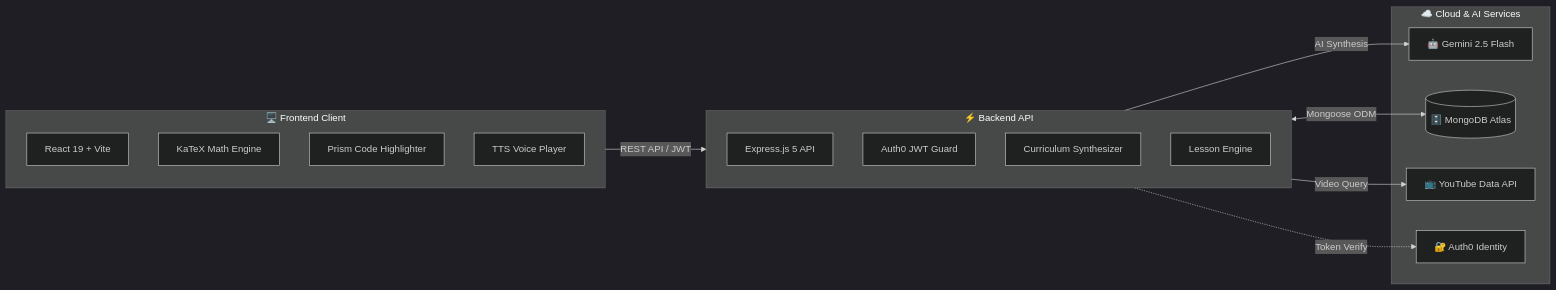
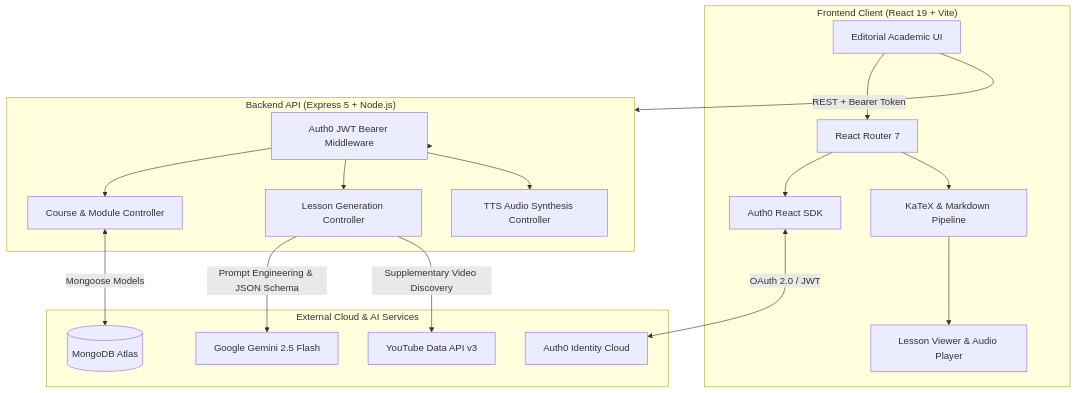
One commit to someshsinha/Socratic-AI changed the first of 2 diagrams in README.md. Above: the diagram before and after it, drawn with Mermaid. The commit also changed 1 other file, not shown here.

Commit message:
readme updates

````diff
--- a/README.md
+++ b/README.md
@@ -63,30 +63,37 @@
 ```mermaid
-%%{init: {'theme': 'dark'}}%%
-flowchart LR
-    subgraph Client ["🖥️ Frontend Client"]
-        A["React 19 + Vite"]
-        B["KaTeX Math Engine"]
-        C["Prism Code Highlighter"]
-        D["TTS Voice Player"]
+flowchart TD
+    subgraph Client["Frontend Client (React 19 + Vite)"]
+        UI[Editorial Academic UI]
+        Router[React Router 7]
+        AuthClient[Auth0 React SDK]
+        KatexEngine[KaTeX & Markdown Pipeline]
+        LessonViewer[Lesson Viewer & Audio Player]
     end
 
-    subgraph Backend ["⚡ Backend API"]
-        E["Express.js 5 API"]
-        F["Auth0 JWT Guard"]
-        G["Curriculum Synthesizer"]
-        H["Lesson Engine"]
+    subgraph Backend["Backend API (Express 5 + Node.js)"]
+        AuthMiddleware[Auth0 JWT Bearer Middleware]
+        CourseController[Course & Module Controller]
+        LessonController[Lesson Generation Controller]
+        TTSController[TTS Audio Synthesis Controller]
     end
 
-    subgraph Cloud ["☁️ Cloud & AI Services"]
-        I["🤖 Gemini 2.5 Flash"]
-        J[("🗄️ MongoDB Atlas")]
-        K["📺 YouTube Data API"]
-        L["🔐 Auth0 Identity"]
+    subgraph External["External Cloud & AI Services"]
+        Gemini[Google Gemini 2.5 Flash]
+        YouTube[YouTube Data API v3]
+        Auth0Cloud[Auth0 Identity Cloud]
+        MongoCloud[(MongoDB Atlas)]
     end
 
-    Client -->|REST API / JWT| Backend
-    Backend -->|AI Synthesis| I
-    Backend <-->|Mongoose ODM| J
-    Backend -->|Video Query| K
-    Backend -.->|Token Verify| L
+    UI --> Router
+    Router --> AuthClient
+    AuthClient <-->|OAuth 2.0 / JWT| Auth0Cloud
+    Router --> KatexEngine --> LessonViewer
+
+    UI -->|REST + Bearer Token| Backend
+    Backend --> AuthMiddleware
+    AuthMiddleware --> CourseController & LessonController & TTSController
+
+    LessonController -->|Prompt Engineering & JSON Schema| Gemini
+    LessonController -->|Supplementary Video Discovery| YouTube
+    CourseController <-->|Mongoose Models| MongoCloud
 ```
````
